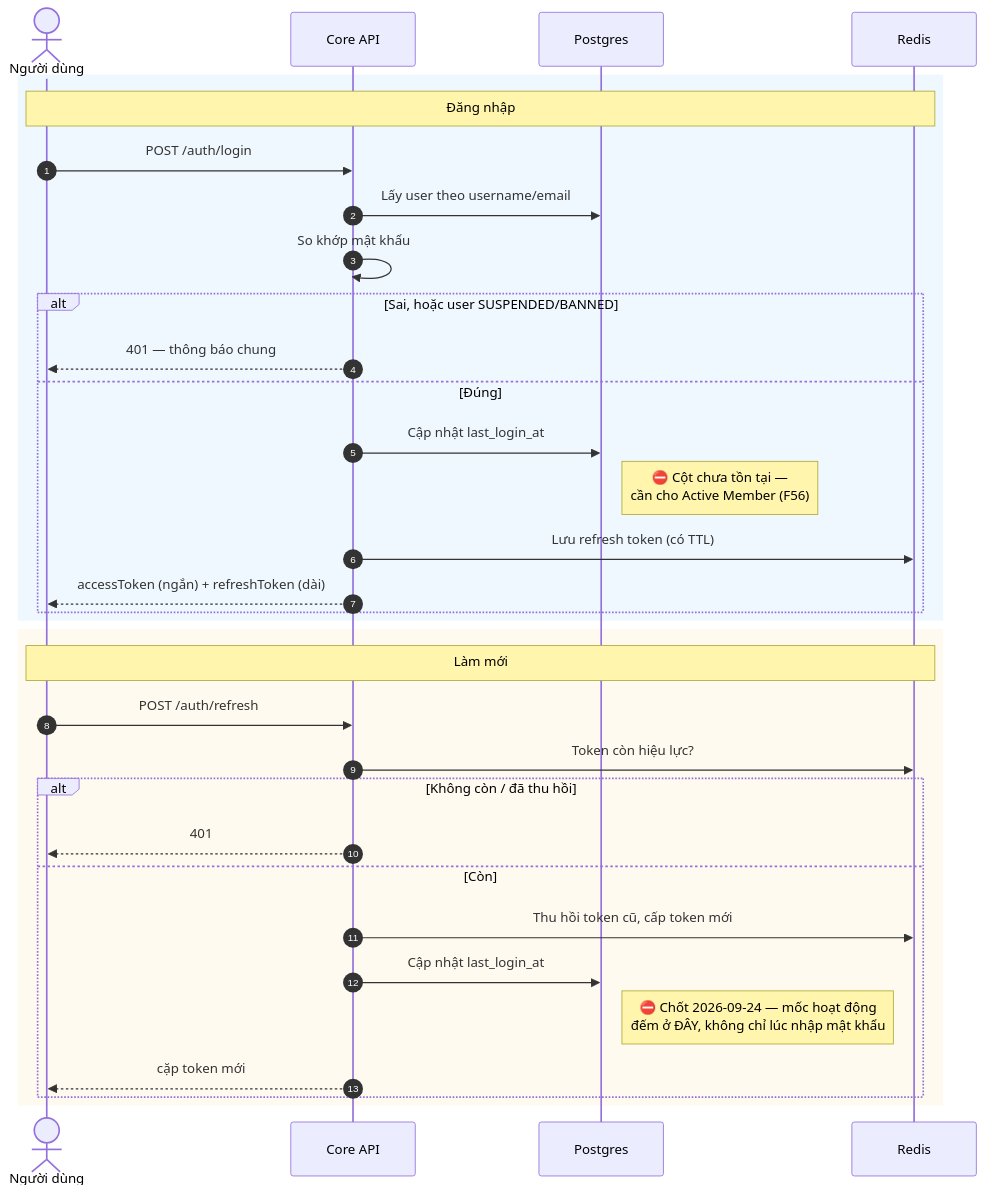
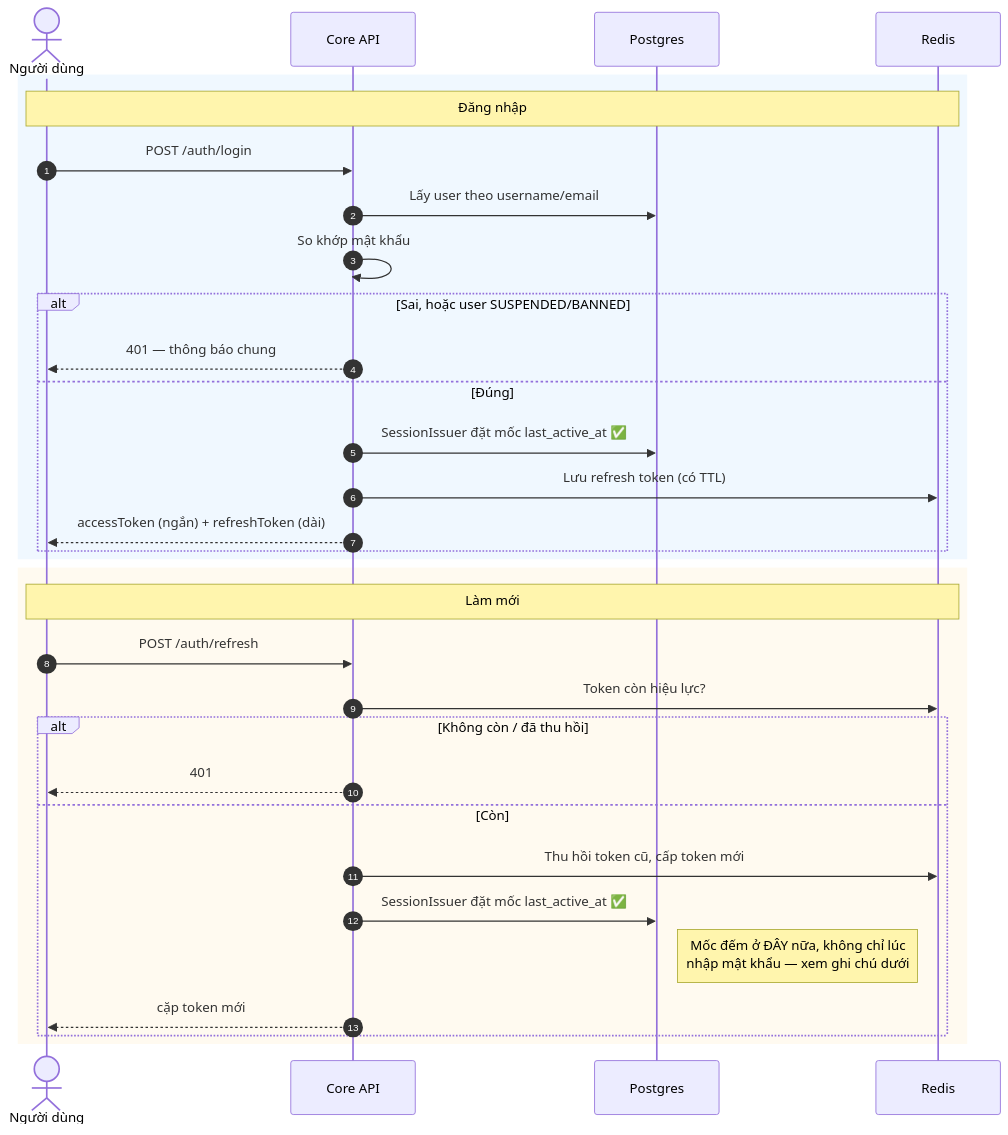
Before and after one commit to fdshn/trueheart: the second of 4 diagrams in docs/diagram/01-auth.md, drawn with Mermaid. The commit also changed other lines of this file and 24 other files, not shown here.

First line of the commit message:
feat(profile): mốc hoạt động tài khoản và cổng hồ sơ dùng chung (F07, F56)

````diff
--- a/docs/diagram/01-auth.md
+++ b/docs/diagram/01-auth.md
@@ -39,37 +39,36 @@
 ```mermaid
 sequenceDiagram
     autonumber
     actor U as Người dùng
     participant API as Core API
     participant DB as Postgres
     participant R as Redis
 
     rect rgb(240, 248, 255)
     Note over U,R: Đăng nhập
     U->>API: POST /auth/login
     API->>DB: Lấy user theo username/email
     API->>API: So khớp mật khẩu
     alt Sai, hoặc user SUSPENDED/BANNED
         API-->>U: 401 — thông báo chung
     else Đúng
-        API->>DB: Cập nhật last_login_at
-        Note right of DB: ⛔ Cột chưa tồn tại —<br/>cần cho Active Member (F56)
+        API->>DB: SessionIssuer đặt mốc last_active_at ✅
         API->>R: Lưu refresh token (có TTL)
         API-->>U: accessToken (ngắn) + refreshToken (dài)
     end
     end
 
     rect rgb(255, 250, 240)
     Note over U,R: Làm mới
     U->>API: POST /auth/refresh
     API->>R: Token còn hiệu lực?
     alt Không còn / đã thu hồi
         API-->>U: 401
     else Còn
         API->>R: Thu hồi token cũ, cấp token mới
-        API->>DB: Cập nhật last_login_at
-        Note right of DB: ⛔ Chốt 2026-09-24 — mốc hoạt động<br/>đếm ở ĐÂY, không chỉ lúc nhập mật khẩu
+        API->>DB: SessionIssuer đặt mốc last_active_at ✅
+        Note right of DB: Mốc đếm ở ĐÂY nữa, không chỉ lúc<br/>nhập mật khẩu — xem ghi chú dưới
         API-->>U: cặp token mới
     end
     end
 ```
````
